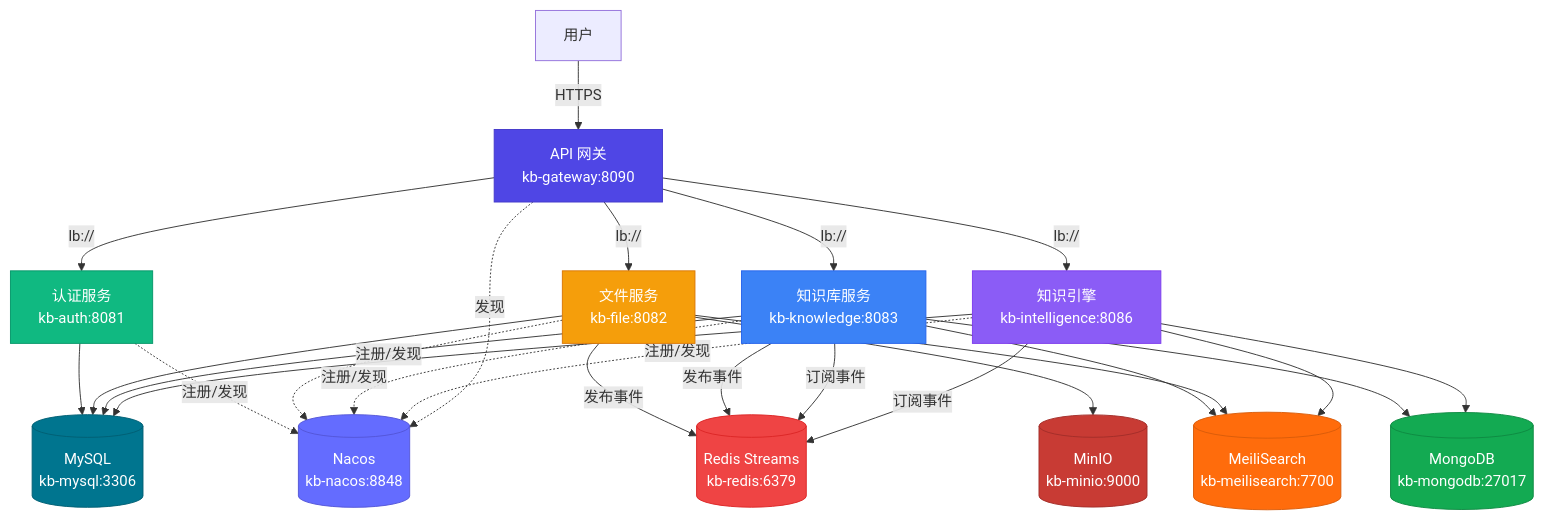
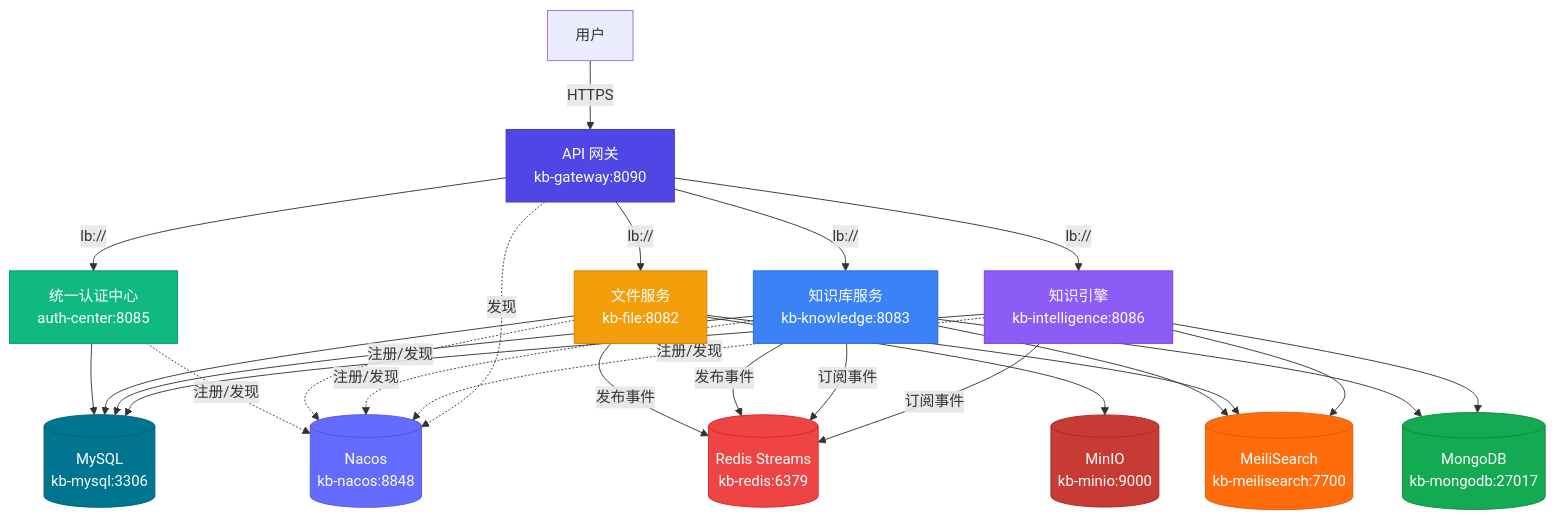
One commit to jonesAriven/devtools changed the diagram in mykng/docs/generated/模块契约文档.md. Above: the diagram before and after it, drawn with Mermaid. The commit also changed other lines of this file and 179 other files, not shown here.

````diff
--- a/mykng/docs/generated/模块契约文档.md
+++ b/mykng/docs/generated/模块契约文档.md
@@ -342,55 +342,55 @@
 ```mermaid
 graph TD
 
     %% ===== 用户端 ===== %%
     User[用户] -->|HTTPS| Gateway[API 网关<br/>kb-gateway:8090]
 
     %% ===== 网关层 ===== %%
-    Gateway -->|lb://| Auth[认证服务<br/>kb-auth:8081]
+    Gateway -->|lb://| Auth[统一认证中心<br/>auth-center:8085]
     Gateway -->|lb://| File[文件服务<br/>kb-file:8082]
     Gateway -->|lb://| Knowledge[知识库服务<br/>kb-knowledge:8083]
     Gateway -->|lb://| Intelligence[知识引擎<br/>kb-intelligence:8086]
 
     %% ===== 服务间事件总线 ===== %%
     File -->|发布事件| Redis[(Redis Streams<br/>kb-redis:6379)]
     Knowledge -->|发布事件| Redis
     Knowledge -->|订阅事件| Redis
     Intelligence -->|订阅事件| Redis
 
     %% ===== 基础设施 ===== %%
     Auth --> MySQL[(MySQL<br/>kb-mysql:3306)]
     File --> MySQL
     Knowledge --> MySQL
     Intelligence --> MySQL
 
     File --> MinIO[(MinIO<br/>kb-minio:9000)]
 
     Knowledge --> Meili[(MeiliSearch<br/>kb-meilisearch:7700)]
     File --> Meili
     Intelligence --> Meili
 
     Knowledge --> MongoDB[(MongoDB<br/>kb-mongodb:27017)]
     Intelligence --> MongoDB
 
     %% ===== 服务发现 ===== %%
     Nacos[(Nacos<br/>kb-nacos:8848)]
     Auth -.注册/发现.-> Nacos
     File -.注册/发现.-> Nacos
     Knowledge -.注册/发现.-> Nacos
     Intelligence -.注册/发现.-> Nacos
     Gateway -.发现.-> Nacos
 
     %% ===== 样式 ===== %%
     style Gateway fill:#4f46e5,color:#fff,stroke:#4338ca
     style Auth fill:#10b981,color:#fff,stroke:#059669
     style File fill:#f59e0b,color:#fff,stroke:#d97706
     style Knowledge fill:#3b82f6,color:#fff,stroke:#2563eb
     style Intelligence fill:#8b5cf6,color:#fff,stroke:#7c3aed
     style Redis fill:#ef4444,color:#fff,stroke:#dc2626
     style MySQL fill:#00758f,color:#fff,stroke:#005f74
     style MinIO fill:#c83b34,color:#fff,stroke:#a32e29
     style Meili fill:#ff6c0c,color:#fff,stroke:#d95c0a
     style MongoDB fill:#13aa52,color:#fff,stroke:#0f8a42
     style Nacos fill:#646cff,color:#fff,stroke:#5355d8
 
 ```
````
